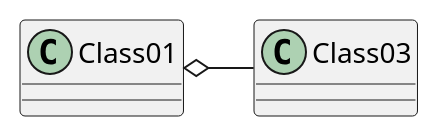
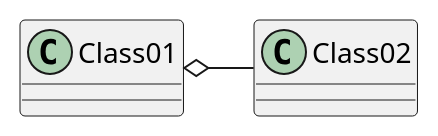
One commit to izumisan/cheatsheet changed the second of 6 diagrams in PlantUML/クラス図.md. Above: the diagram before and after it, drawn with PlantUML. The commit also changed other lines of this file and 22 other files, not shown here.

Commit message:
add class diagram sample

````diff
--- a/PlantUML/クラス図.md
+++ b/PlantUML/クラス図.md
@@ -15,5 +15,5 @@
 ```plantuml
 @startuml
-Class01 o- Class03
+Class01 o- Class02
 @enduml
 ```
````
